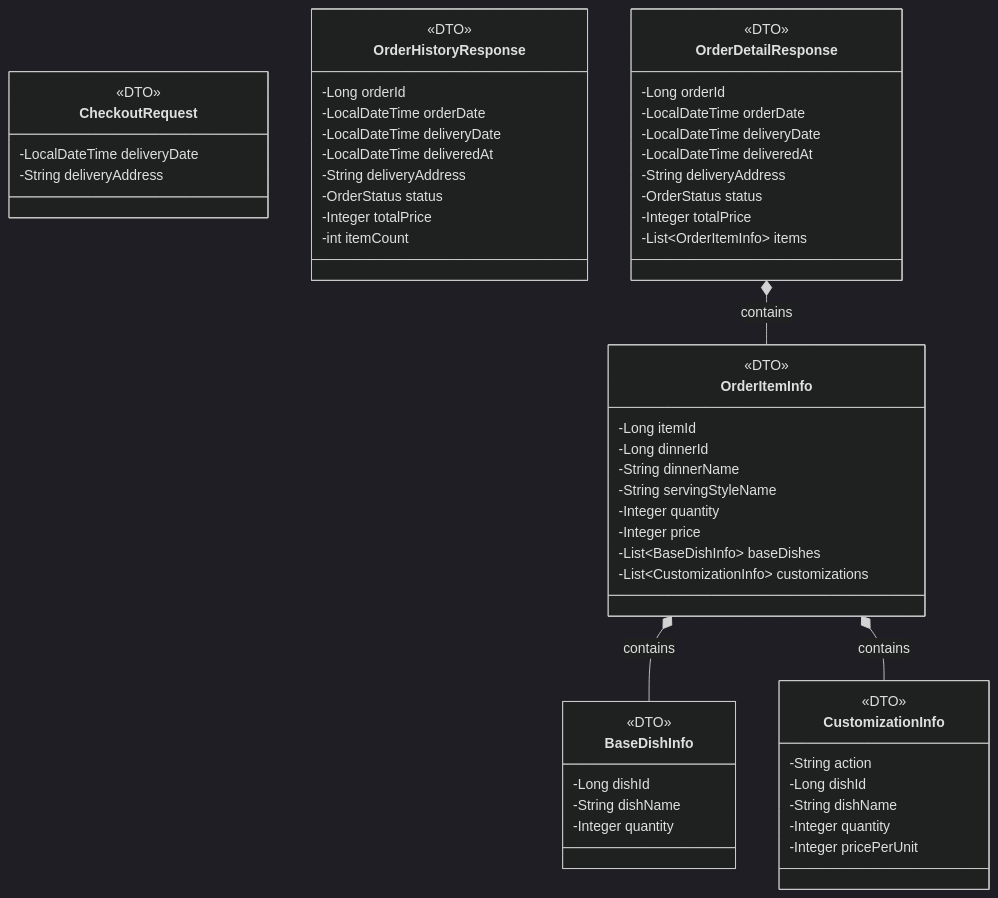
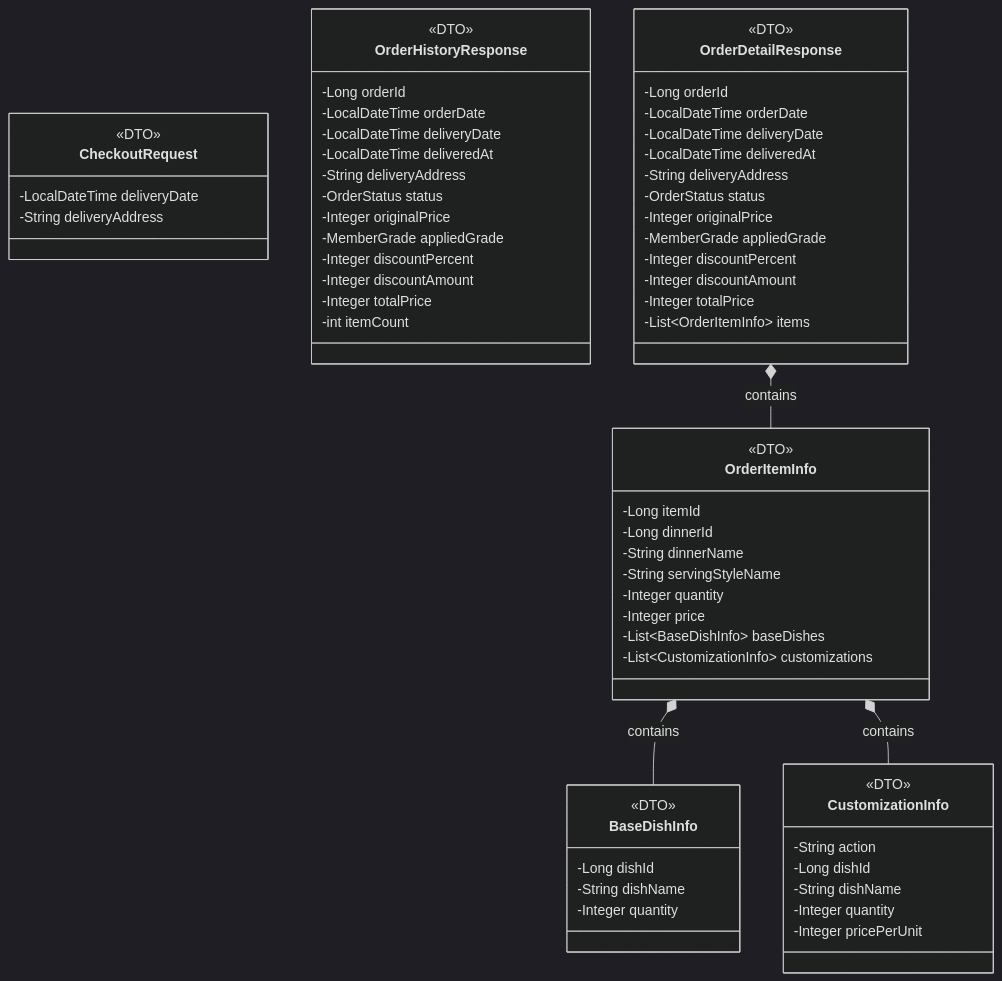
Before and after one commit to Ddogan-zip/ddoganzip-backend: the eighth of 13 diagrams in docs/class-diagram.md, drawn with Mermaid (dark theme). The commit also changed other lines of this file and 8 other files, not shown here.

First line of the commit message:
Add member grade discount feature

````diff
--- a/docs/class-diagram.md
+++ b/docs/class-diagram.md
@@ -684,66 +708,74 @@
 ```mermaid
 classDiagram
     direction TB
 
     class CheckoutRequest {
         <<DTO>>
         -LocalDateTime deliveryDate
         -String deliveryAddress
     }
 
     class OrderHistoryResponse {
         <<DTO>>
         -Long orderId
         -LocalDateTime orderDate
         -LocalDateTime deliveryDate
         -LocalDateTime deliveredAt
         -String deliveryAddress
         -OrderStatus status
+        -Integer originalPrice
+        -MemberGrade appliedGrade
+        -Integer discountPercent
+        -Integer discountAmount
         -Integer totalPrice
         -int itemCount
     }
 
     class OrderDetailResponse {
         <<DTO>>
         -Long orderId
         -LocalDateTime orderDate
         -LocalDateTime deliveryDate
         -LocalDateTime deliveredAt
         -String deliveryAddress
         -OrderStatus status
+        -Integer originalPrice
+        -MemberGrade appliedGrade
+        -Integer discountPercent
+        -Integer discountAmount
         -Integer totalPrice
         -List~OrderItemInfo~ items
     }
 
     class OrderItemInfo {
         <<DTO>>
         -Long itemId
         -Long dinnerId
         -String dinnerName
         -String servingStyleName
         -Integer quantity
         -Integer price
         -List~BaseDishInfo~ baseDishes
         -List~CustomizationInfo~ customizations
     }
 
     class BaseDishInfo {
         <<DTO>>
         -Long dishId
         -String dishName
         -Integer quantity
     }
 
     class CustomizationInfo {
         <<DTO>>
         -String action
         -Long dishId
         -String dishName
         -Integer quantity
         -Integer pricePerUnit
     }
 
     OrderDetailResponse *-- OrderItemInfo : contains
     OrderItemInfo *-- BaseDishInfo : contains
     OrderItemInfo *-- CustomizationInfo : contains
 ```
````
